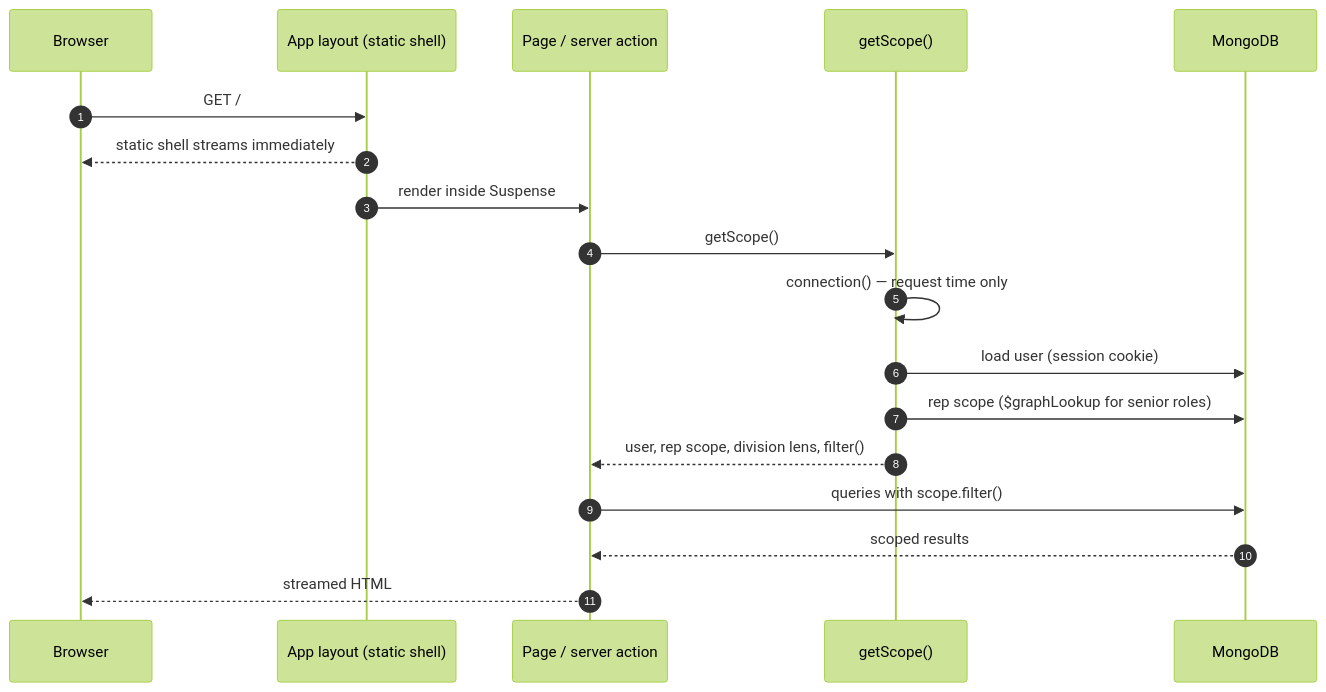
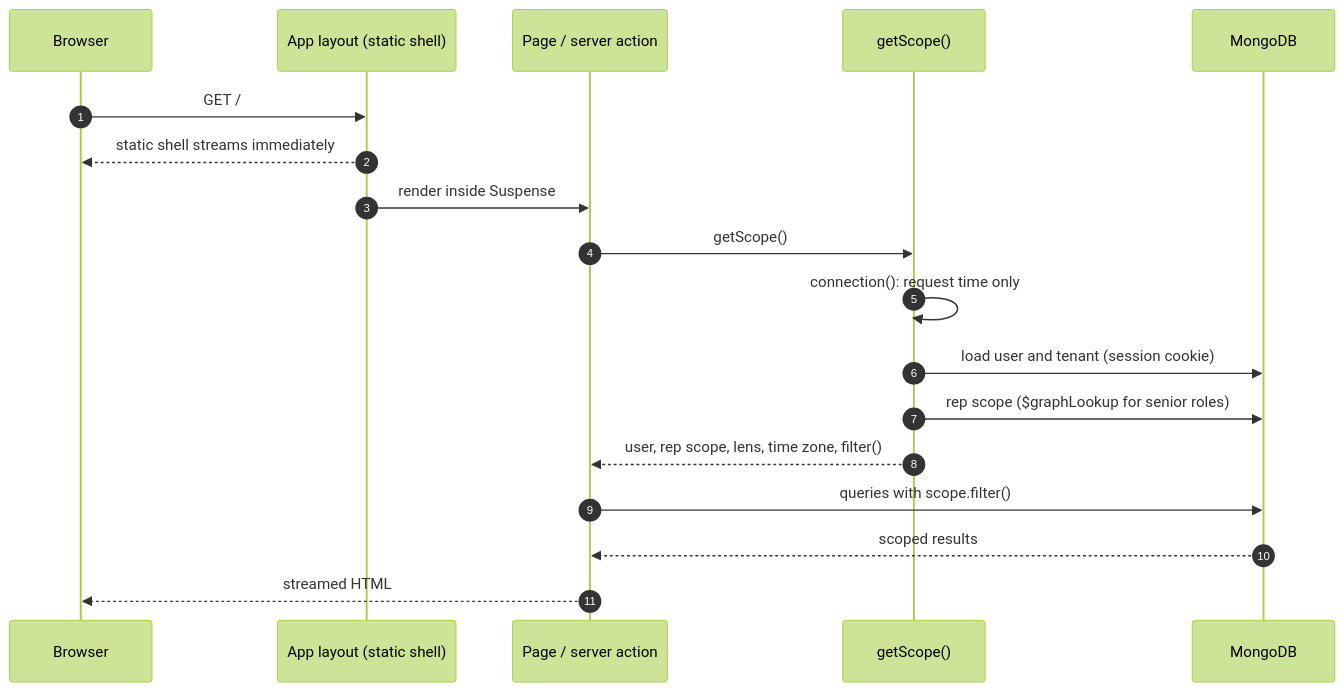
The third of 3 diagrams in docs/architecture/overview.md (sonishivam1/ambient-crm), drawn with Mermaid (forest theme) before and after one commit. The commit also changed other lines of this file and 11 other files, not shown here.

````diff
--- a/docs/architecture/overview.md
+++ b/docs/architecture/overview.md
@@ -79,20 +180,20 @@
 ```mermaid
 sequenceDiagram
   autonumber
   participant B as Browser
   participant L as App layout (static shell)
   participant P as Page / server action
   participant S as getScope()
   participant DB as MongoDB
   B->>L: GET /
   L-->>B: static shell streams immediately
   L->>P: render inside Suspense
   P->>S: getScope()
-  S->>S: connection() — request time only
-  S->>DB: load user (session cookie)
+  S->>S: connection(): request time only
+  S->>DB: load user and tenant (session cookie)
   S->>DB: rep scope ($graphLookup for senior roles)
-  S-->>P: user, rep scope, division lens, filter()
+  S-->>P: user, rep scope, lens, time zone, filter()
   P->>DB: queries with scope.filter()
   DB-->>P: scoped results
   P-->>B: streamed HTML
 ```
````
